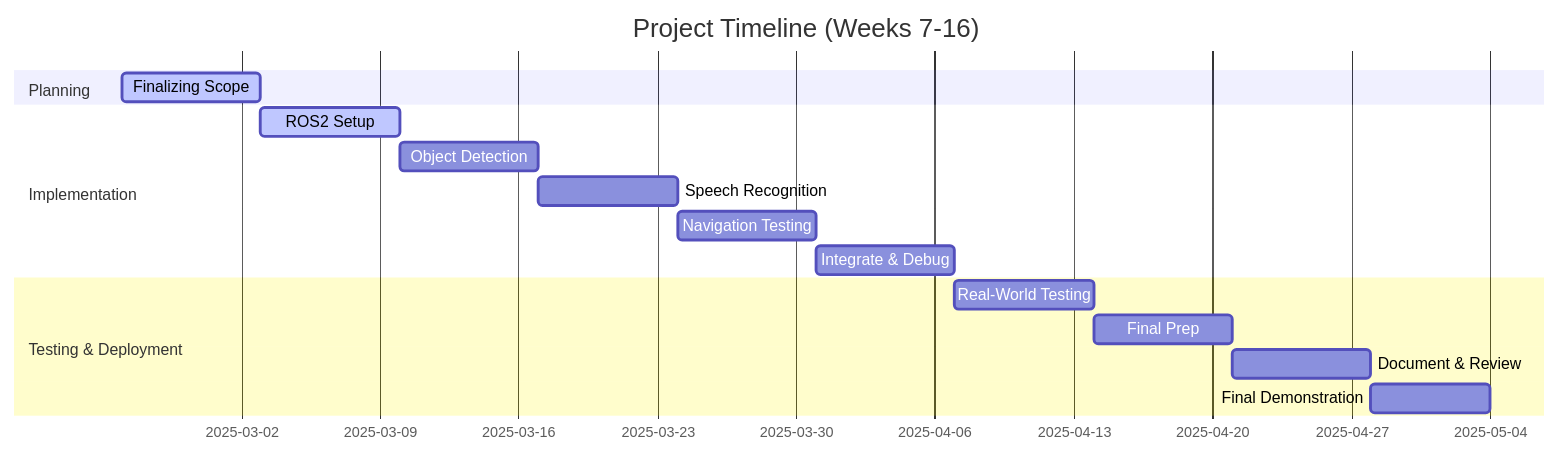
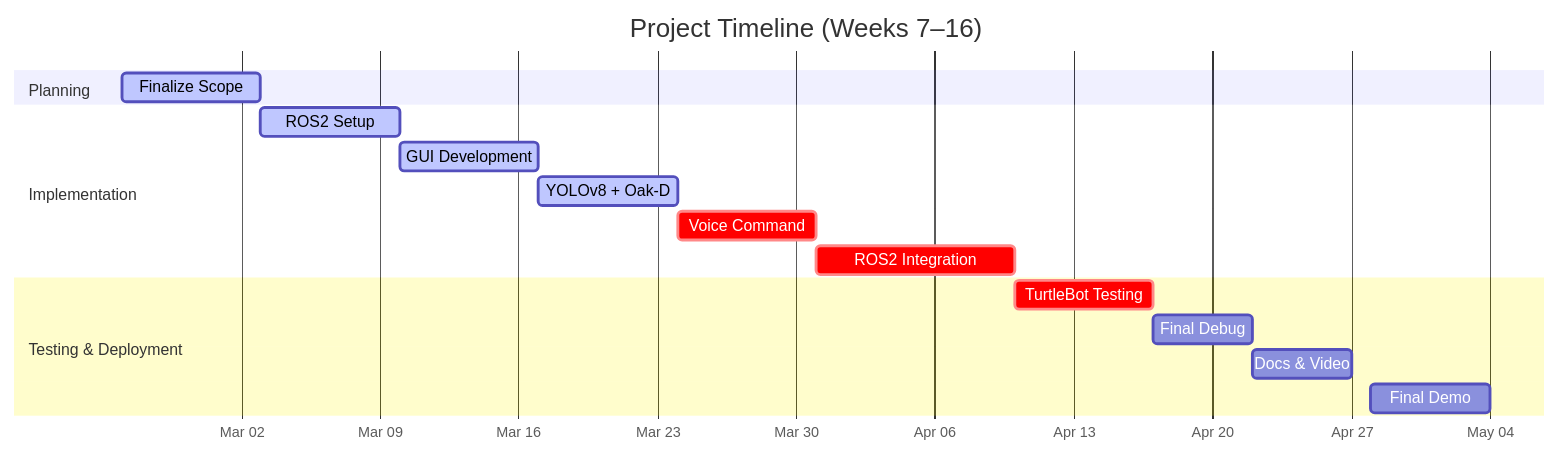
One commit to RAS598-2025-S-Team11/RAS598-2025-S-Team11.github.io changed the fourth of 4 diagrams in docs/index.md. Above: the diagram before and after it, drawn with Mermaid. The commit also changed other lines of this file, not shown here.

Commit message:
added charts and discussions

````diff
--- a/docs/index.md
+++ b/docs/index.md
@@ -390,18 +425,22 @@
 ```mermaid
 gantt
-    title Project Timeline (Weeks 7-16)
+    title Project Timeline (Weeks 7–16)
     dateFormat  YYYY-MM-DD
+    axisFormat  %b %d
+
     section Planning
-    Finalizing Scope :active, milestone1, 2025-02-24, 7d
+    Finalize Scope            :active,milestone1, 2025-02-24, 7d
+
     section Implementation
-    ROS2 Setup :active, milestone2, 2025-03-03, 7d
-    Object Detection :milestone3, 2025-03-10, 7d
-    Speech Recognition :milestone4, 2025-03-17, 7d
-    Navigation Testing :milestone5, 2025-03-24, 7d
-    Integrate & Debug :milestone6, 2025-03-31, 7d
+    ROS2 Setup                :active,milestone2, 2025-03-03, 7d
+    GUI Development           :active,milestone3, 2025-03-10, 7d
+    YOLOv8 + Oak-D            :active,milestone4, 2025-03-17, 7d
+    Voice Command             :crit,milestone5, 2025-03-24, 7d
+    ROS2 Integration          :crit,milestone6, 2025-03-31, 10d
+
     section Testing & Deployment
-    Real-World Testing :milestone7, 2025-04-07, 7d
-    Final Prep :milestone8, 2025-04-14, 7d
-    Document & Review :milestone9, 2025-04-21, 7d
-    Final Demonstration :milestone10, 2025-04-28, 6d
+    TurtleBot Testing         :crit,milestone7, 2025-04-10, 7d
+    Final Debug               :milestone8, 2025-04-17, 5d
+    Docs & Video              :milestone9, 2025-04-22, 5d
+    Final Demo                :milestone10, 2025-04-28, 6d
 ```
````
